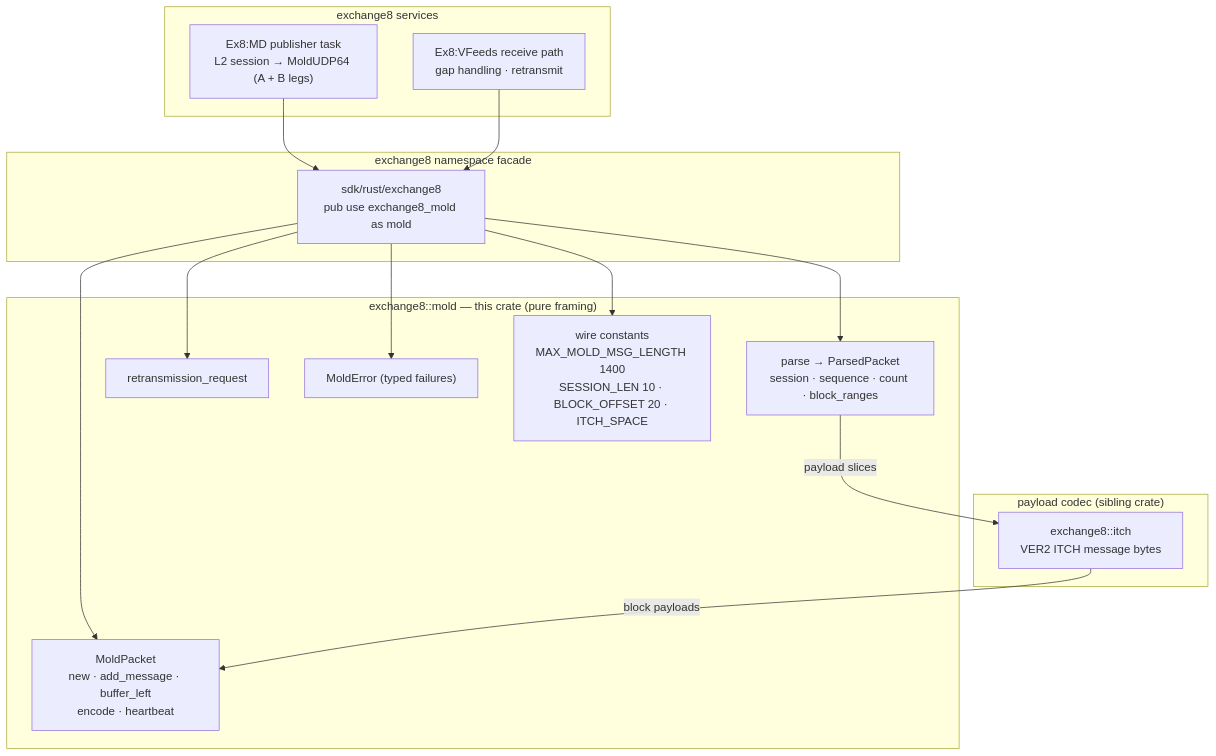
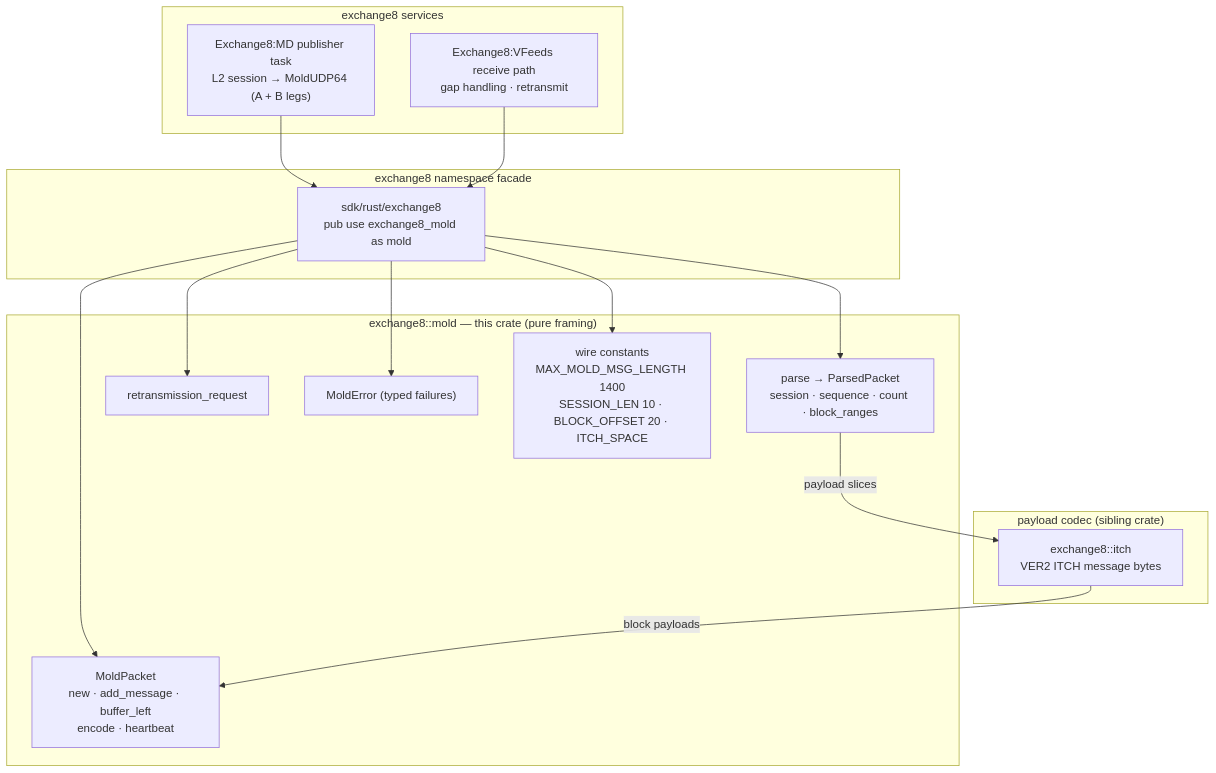
Before and after one commit to Exchange8-dev/exchange8-sdk: the diagram in crates/mold/README.md, drawn with Mermaid. The commit also changed other lines of this file and 29 other files, not shown here.

````diff
--- a/crates/mold/README.md
+++ b/crates/mold/README.md
@@ -43,33 +43,33 @@
 ```mermaid
 graph TD
     subgraph CONSUMERS["exchange8 services"]
-        MDPUB["Ex8:MD publisher task<br/>L2 session → MoldUDP64 (A + B legs)"]
-        VFRX["Ex8:VFeeds receive path<br/>gap handling · retransmit"]
+        MDPUB["Exchange8:MD publisher task<br/>L2 session → MoldUDP64 (A + B legs)"]
+        VFRX["Exchange8:VFeeds receive path<br/>gap handling · retransmit"]
     end
 
     subgraph FACADE["exchange8 namespace facade"]
         SDK["sdk/rust/exchange8<br/>pub use exchange8_mold as mold"]
     end
 
     subgraph CRATE["exchange8::mold — this crate (pure framing)"]
         BUILD["MoldPacket<br/>new · add_message · buffer_left<br/>encode · heartbeat"]
         PARSEFN["parse → ParsedPacket<br/>session · sequence · count · block_ranges"]
         RETR["retransmission_request"]
         ERR["MoldError (typed failures)"]
         CONST["wire constants<br/>MAX_MOLD_MSG_LENGTH 1400<br/>SESSION_LEN 10 · BLOCK_OFFSET 20 · ITCH_SPACE"]
     end
 
     subgraph PAYLOAD["payload codec (sibling crate)"]
         ITCH["exchange8::itch<br/>VER2 ITCH message bytes"]
     end
 
     MDPUB --> SDK
     VFRX --> SDK
     SDK --> BUILD
     SDK --> PARSEFN
     SDK --> RETR
     SDK --> ERR
     SDK --> CONST
     ITCH -->|"block payloads"| BUILD
     PARSEFN -->|"payload slices"| ITCH
 ```
````
